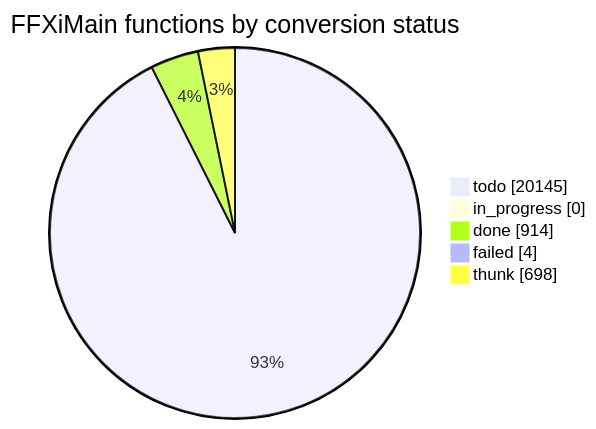
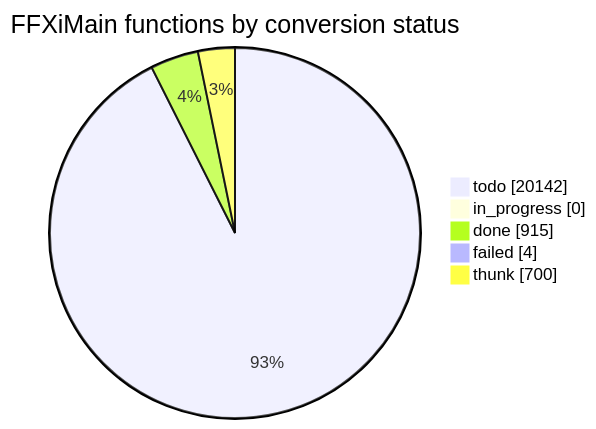
The diagram in docs/cow/STATUS.md (cowrevenge/cow_kuluu_xi_anything), drawn with Mermaid before and after one commit. The commit also changed other lines of this file and 9 other files, not shown here.

````diff
--- a/docs/cow/STATUS.md
+++ b/docs/cow/STATUS.md
@@ -18,9 +18,9 @@
 ```mermaid
 pie showData
     title FFXiMain functions by conversion status
-    "todo" : 20145
+    "todo" : 20142
     "in_progress" : 0
-    "done" : 914
+    "done" : 915
     "failed" : 4
-    "thunk" : 698
+    "thunk" : 700
 ```
````
